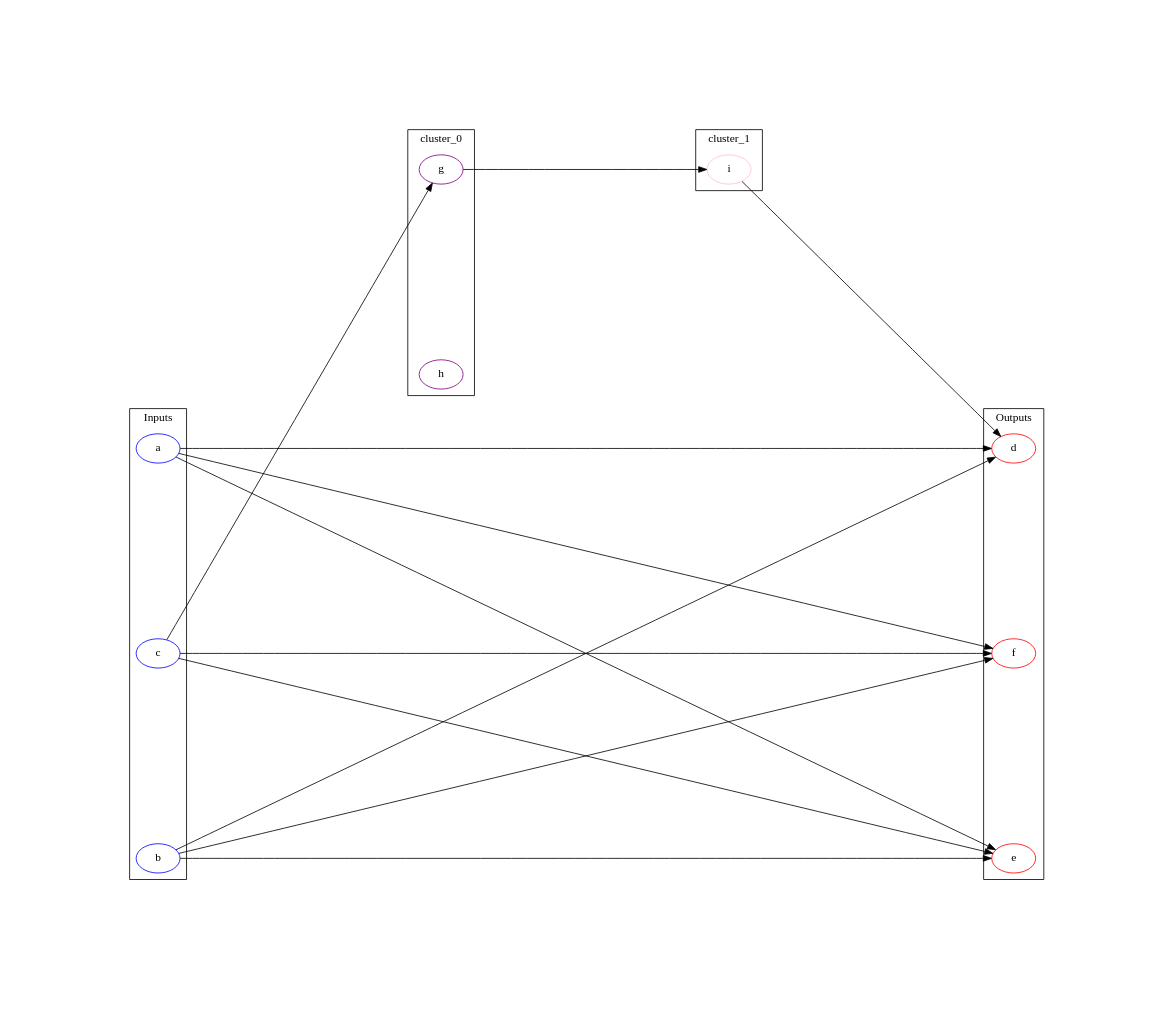
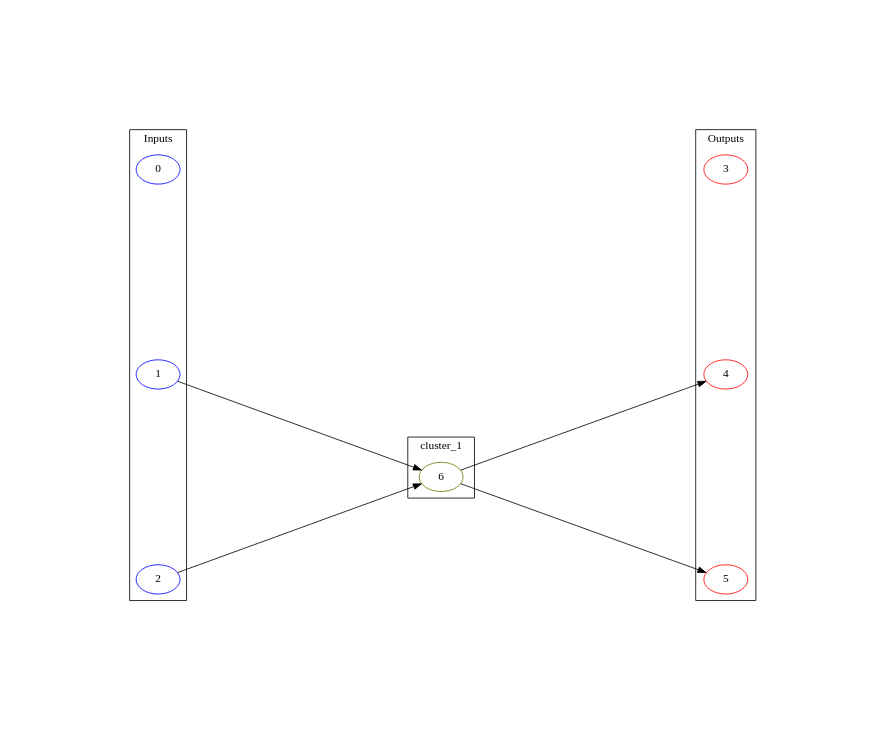
The diagram in img/g1.gv (tunstek/Machine_Learning_Playground), drawn with Graphviz before and after one commit. The commit also changed 14 other files, not shown here.

```diff
--- a/img/g1.gv
+++ b/img/g1.gv
@@ -1,52 +1,37 @@
 // Graph
 digraph {
 	graph [nodesep=3 pad=2 rankdir=LR ranksep=4 size="2000,2000" splines=line]
 		edge [color=black]
 		subgraph cluster_0 {
-			graph [label=cluster_0 rank=0 rankdir=LR]
-				g [color=purple]
+			graph [label=Inputs rank=min rankdir=LR]
+				0 [color=blue]
 		}
 		subgraph cluster_0 {
-			graph [label=cluster_0 rank=0 rankdir=LR]
-				h [color=purple]
+			graph [label=Inputs rank=min rankdir=LR]
+				1 [color=blue]
 		}
-		subgraph cluster_Inputs {
+		subgraph cluster_0 {
 			graph [label=Inputs rank=min rankdir=LR]
-				a [color=blue]
-		}
-		subgraph cluster_Inputs {
-			graph [label=Inputs rank=min rankdir=LR]
-				c [color=blue]
-		}
-		subgraph cluster_Inputs {
-			graph [label=Inputs rank=min rankdir=LR]
-				b [color=blue]
+				2 [color=blue]
 		}
 		subgraph cluster_1 {
 			graph [label=cluster_1 rank=1 rankdir=LR]
-				i [color=pink]
+				6 [color="#618201"]
 		}
-		subgraph cluster_Outputs {
+		subgraph cluster_9223372036854775807 {
 			graph [label=Outputs rank=max rankdir=LR]
-				e [color=red]
+				3 [color=red]
 		}
-		subgraph cluster_Outputs {
+		subgraph cluster_9223372036854775807 {
 			graph [label=Outputs rank=max rankdir=LR]
-				d [color=red]
+				4 [color=red]
 		}
-		subgraph cluster_Outputs {
+		subgraph cluster_9223372036854775807 {
 			graph [label=Outputs rank=max rankdir=LR]
-				f [color=red]
+				5 [color=red]
 		}
-			g -> i
-			a -> e
-			a -> d
-			a -> f
-			c -> e
-			c -> g
-			c -> f
-			b -> e
-			b -> d
-			b -> f
-			i -> d
+			1 -> 6
+			2 -> 6
+			6 -> 4
+			6 -> 5
 }
```
